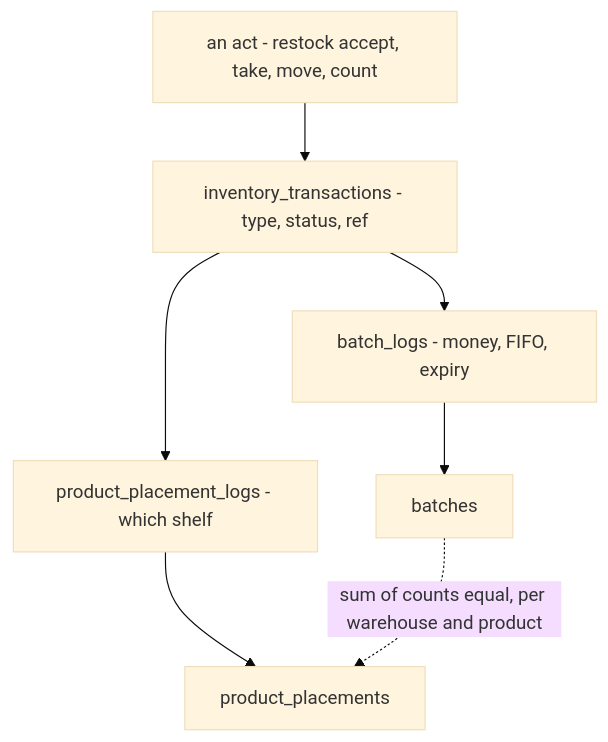
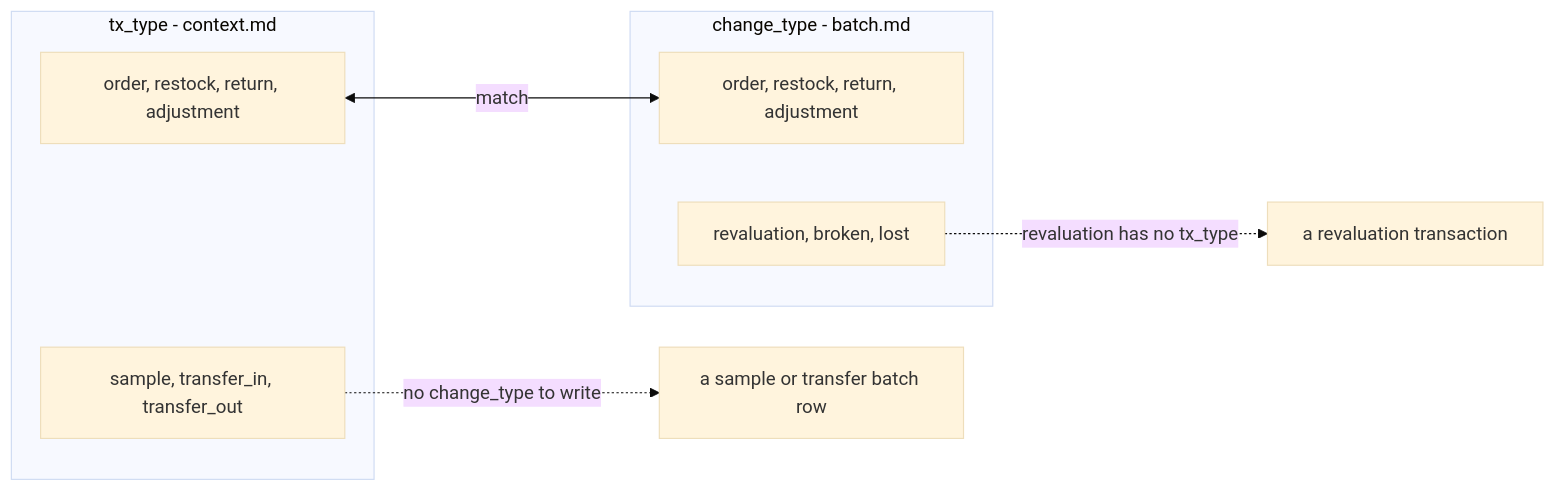
Diagram 11 of 12 in docs/business/inventory/context_clarify.md (pdcgo/warehouse_revamp), drawn with Mermaid (base theme) before and after one commit. The commit also changed other lines of this file and 15 other files, not shown here.

````diff
--- a/docs/business/inventory/context_clarify.md
+++ b/docs/business/inventory/context_clarify.md
@@ -265,9 +598,14 @@
-    ```mermaid
-    flowchart TB
-      A["an act - restock accept, take, move, count"] --> T["inventory_transactions - type, status, ref"]
-      T --> BL["batch_logs - money, FIFO, expiry"]
-      T --> PL["product_placement_logs - which shelf"]
-      BL --> B["batches"]
-      PL --> P["product_placements"]
-      B -.->|"sum of counts equal, per warehouse and product"| P
-    ```
+```mermaid
+flowchart LR
+  subgraph tx["tx_type - context.md"]
+    t1["order, restock, return, adjustment"]
+    t2["sample, transfer_in, transfer_out"]
+  end
+  subgraph ch["change_type - batch.md"]
+    c1["order, restock, return, adjustment"]
+    c3["revaluation, broken, lost"]
+  end
+  t1 <-->|"match"| c1
+  t2 -.->|"no change_type to write"| X["a sample or transfer batch row"]
+  c3 -.->|"revaluation has no tx_type"| Y["a revaluation transaction"]
+```
````
